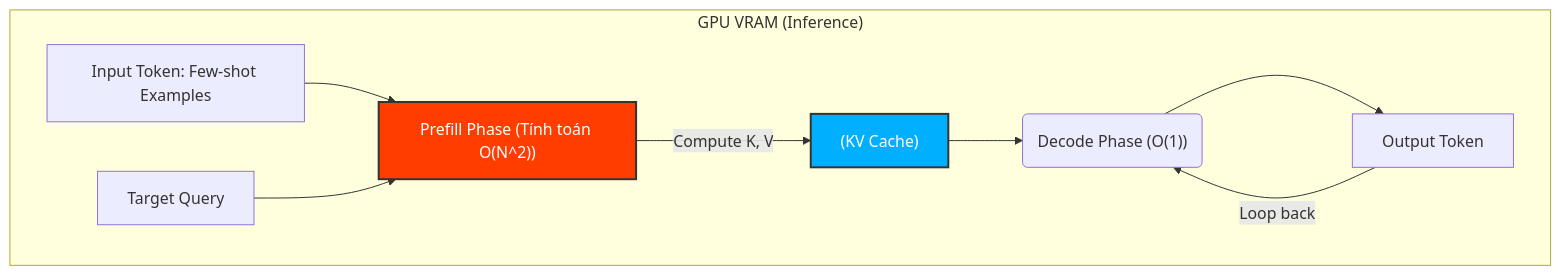
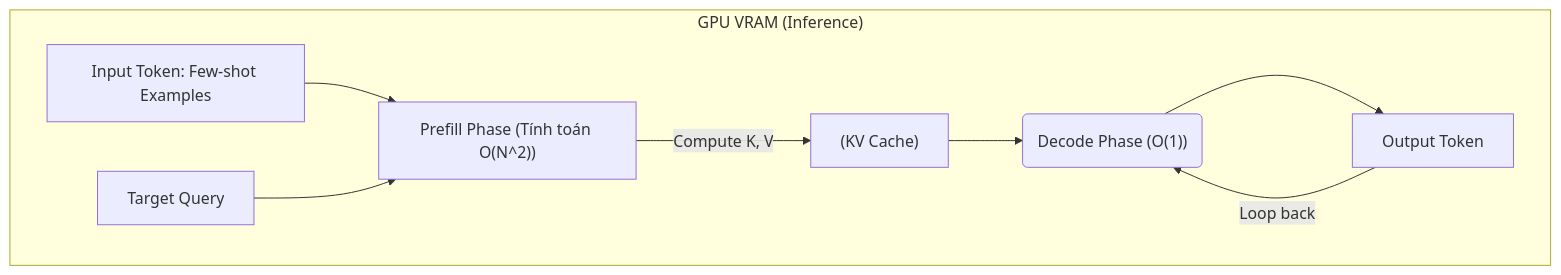
One commit to kythuatdulieu/kythuatdulieu.github.io changed the first of 2 diagrams in src/content/docs/concepts/9-genai-machine-learning/few-shot.md. Above: the diagram before and after it, drawn with Mermaid. The commit also changed 682 other files, not shown here.

````diff
--- a/src/content/docs/concepts/9-genai-machine-learning/few-shot.md
+++ b/src/content/docs/concepts/9-genai-machine-learning/few-shot.md
@@ -26,13 +26,13 @@
 ```mermaid
 graph TD
     subgraph "GPU VRAM (Inference)"
         A["Input Token: Few-shot Examples"] --> B["Prefill Phase (Tính toán O(N^2))"]
         B -->|Compute K, V| C["(KV Cache)"]
         D["Target Query"] --> B
         C --> E("Decode Phase (O(1))")
         E --> F["Output Token"]
         F -->|Loop back| E
     end
-    style B fill:#FF3D00,stroke:#333,stroke-width:2px,color:#fff
-    style C fill:#00B0FF,stroke:#333,stroke-width:2px,color:#fff
+
+
 ```
````
